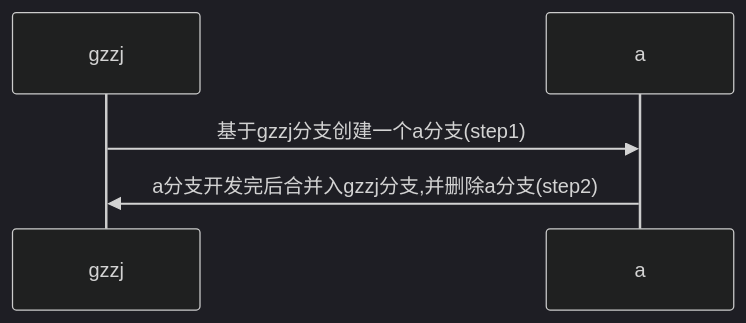
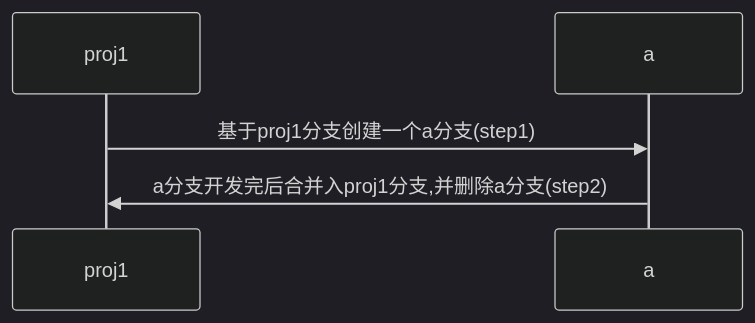
Before and after one commit to cfanzp008/linux_note: the diagram in gitbook/tools/git.md, drawn with Mermaid (dark theme). The commit also changed other lines of this file and 1 other file, not shown here.

````diff
--- a/gitbook/tools/git.md
+++ b/gitbook/tools/git.md
@@ -58,7 +58,7 @@
 ```mermaid
 sequenceDiagram
-　　　participant gzzj
+　　　participant proj1
 　　　participant a
-　　　gzzj->>a:基于gzzj分支创建一个a分支(step1)
-　　　a->>gzzj:a分支开发完后合并入gzzj分支,并删除a分支(step2)
+　　　proj1->>a:基于proj1分支创建一个a分支(step1)
+　　　a->>proj1:a分支开发完后合并入proj1分支,并删除a分支(step2)
 ```
````
